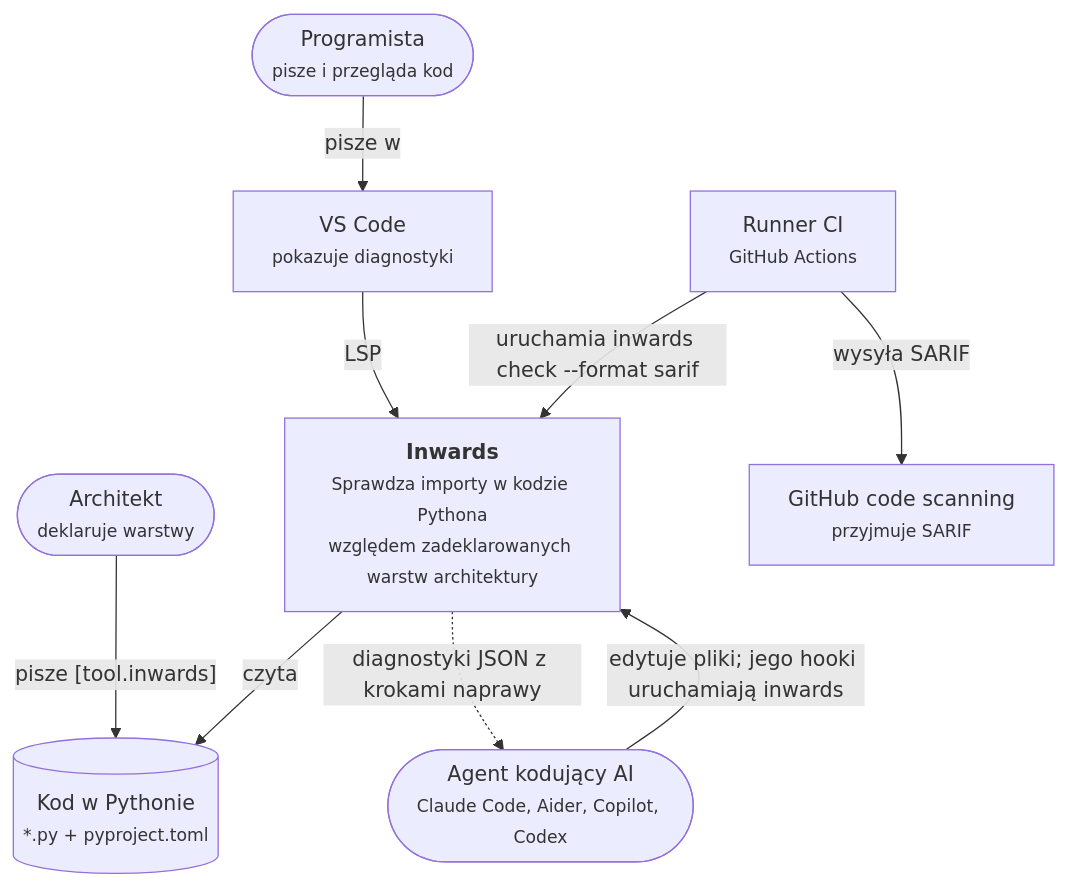
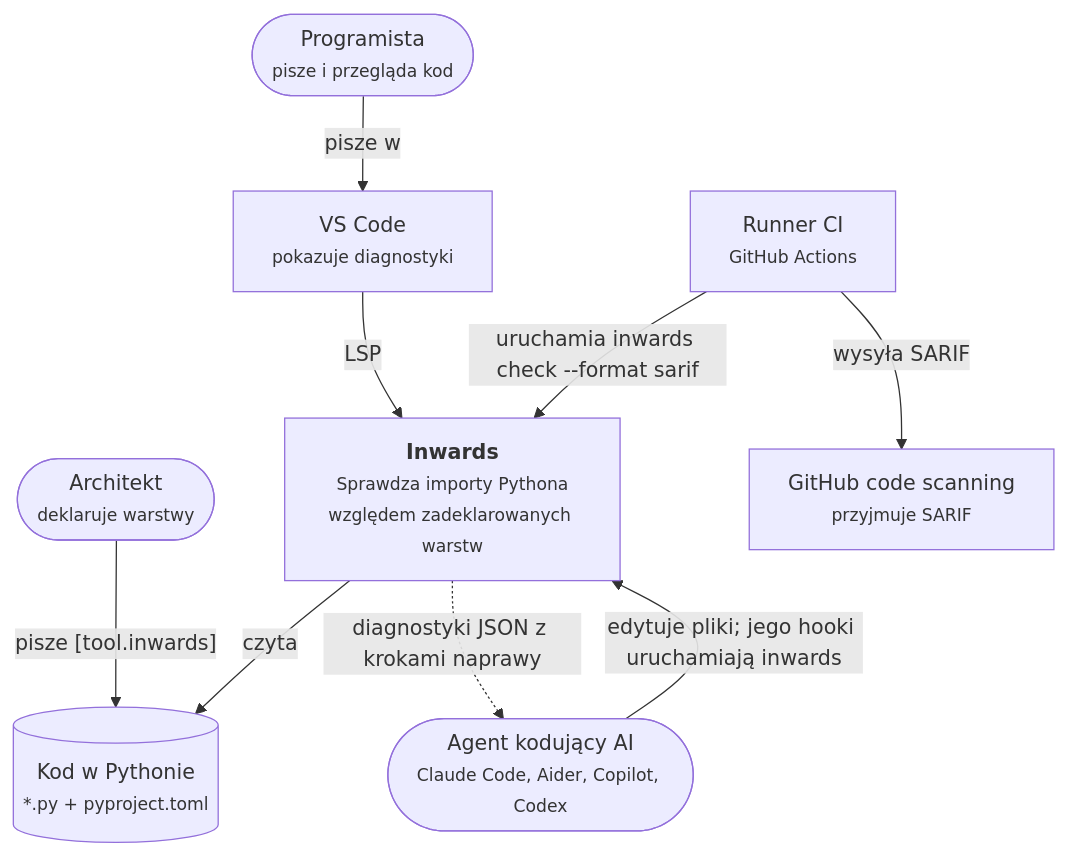
The first of 6 diagrams in docs/pl/03-Architecture-C4.md (SirCypkowskyy/inwards), drawn with Mermaid before and after one commit. The commit also changed other lines of this file and 5 other files, not shown here.

Commit message:
docs: second finish-review round: loop label size, caption, chart edge, C4 node text

````diff
--- a/docs/pl/03-Architecture-C4.md
+++ b/docs/pl/03-Architecture-C4.md
@@ -17,23 +17,23 @@
 ```mermaid
 flowchart TB
     architect(["Architekt<br/><small>deklaruje warstwy</small>"])
     dev(["Programista<br/><small>pisze i przegląda kod</small>"])
     agent(["Agent kodujący AI<br/><small>Claude Code, Aider, Copilot, Codex</small>"])
 
-    inwards["<b>Inwards</b><br/><small>Sprawdza importy w kodzie Pythona<br/>względem zadeklarowanych warstw architektury</small>"]
+    inwards["<b>Inwards</b><br/><small>Sprawdza importy Pythona<br/>względem zadeklarowanych warstw</small>"]
 
     repo[("Kod w Pythonie<br/><small>*.py + pyproject.toml</small>")]
     editor["VS Code<br/><small>pokazuje diagnostyki</small>"]
     ci["Runner CI<br/><small>GitHub Actions</small>"]
     scanning["GitHub code scanning<br/><small>przyjmuje SARIF</small>"]
 
     architect -- "pisze [tool.inwards]" --> repo
     agent -- "edytuje pliki; jego hooki uruchamiają inwards" --> inwards
     dev -- "pisze w" --> editor
     editor -- "LSP" --> inwards
     ci -- "uruchamia inwards check --format sarif" --> inwards
     inwards -- "czyta" --> repo
     ci -- "wysyła SARIF" --> scanning
     inwards -. "diagnostyki JSON z krokami naprawy" .-> agent
 
 ```
````
